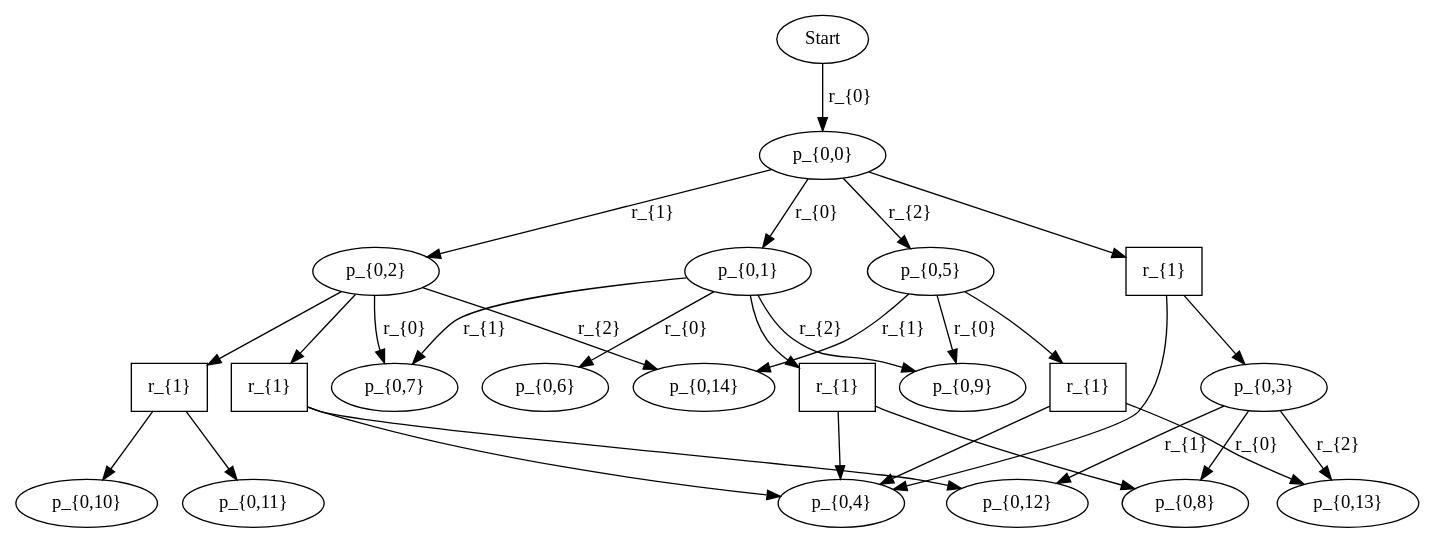
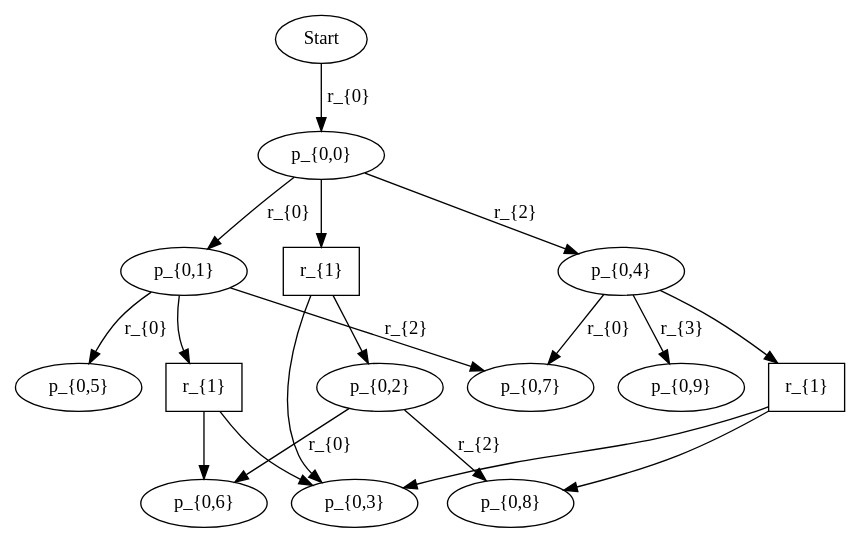
Before and after one commit to lazh01/Kemoinformatik: the diagram in catalan/out/032_dg_0_10100.dot, drawn with Graphviz. The commit also changed 289 other files, not shown here.

```diff
--- a/catalan/out/032_dg_0_10100.dot
+++ b/catalan/out/032_dg_0_10100.dot
@@ -1,93 +1,61 @@
 digraph g {
 
 // id = 0, graphName = Start
 "0-0" [ shape=ellipse label="Start" ];
 // id = 1, graphName = p_{0,0}
 "1-0" [ shape=ellipse label="p_{0,0}" ];
 // id = 3, graphName = p_{0,1}
 "3-0" [ shape=ellipse label="p_{0,1}" ];
 // id = 5, graphName = p_{0,2}
 "5-0" [ shape=ellipse label="p_{0,2}" ];
-// id = 7, graphName = p_{0,3}
-"7-0" [ shape=ellipse label="p_{0,3}" ];
+// id = 6, graphName = p_{0,3}
+"6-0" [ shape=ellipse label="p_{0,3}" ];
 // id = 8, graphName = p_{0,4}
 "8-0" [ shape=ellipse label="p_{0,4}" ];
 // id = 10, graphName = p_{0,5}
 "10-0" [ shape=ellipse label="p_{0,5}" ];
 // id = 12, graphName = p_{0,6}
 "12-0" [ shape=ellipse label="p_{0,6}" ];
 // id = 14, graphName = p_{0,7}
 "14-0" [ shape=ellipse label="p_{0,7}" ];
-// id = 16, graphName = p_{0,8}
-"16-0" [ shape=ellipse label="p_{0,8}" ];
-// id = 18, graphName = p_{0,9}
-"18-0" [ shape=ellipse label="p_{0,9}" ];
-// id = 22, graphName = p_{0,10}
-"22-0" [ shape=ellipse label="p_{0,10}" ];
-// id = 23, graphName = p_{0,11}
-"23-0" [ shape=ellipse label="p_{0,11}" ];
-// id = 25, graphName = p_{0,12}
-"25-0" [ shape=ellipse label="p_{0,12}" ];
-// id = 28, graphName = p_{0,13}
-"28-0" [ shape=ellipse label="p_{0,13}" ];
-// id = 30, graphName = p_{0,14}
-"30-0" [ shape=ellipse label="p_{0,14}" ];
-// id = 9{ 'p_{0,0}' }, 'RemoveSingleR', { 'p_{0,3}' 'p_{0,4}' }
-"9-0" [ shape=box label="r_{1}" ];
-// id = 21{ 'p_{0,1}' }, 'RemoveSingleR', { 'p_{0,4}' 'p_{0,8}' }
-"21-0" [ shape=box label="r_{1}" ];
-// id = 24{ 'p_{0,2}' }, 'RemoveSingleR', { 'p_{0,10}' 'p_{0,11}' }
-"24-0" [ shape=box label="r_{1}" ];
-// id = 26{ 'p_{0,2}' }, 'RemoveSingleR', { 'p_{0,4}' 'p_{0,12}' }
-"26-0" [ shape=box label="r_{1}" ];
-// id = 29{ 'p_{0,5}' }, 'RemoveSingleR', { 'p_{0,4}' 'p_{0,13}' }
-"29-0" [ shape=box label="r_{1}" ];
+// id = 17, graphName = p_{0,8}
+"17-0" [ shape=ellipse label="p_{0,8}" ];
+// id = 21, graphName = p_{0,9}
+"21-0" [ shape=ellipse label="p_{0,9}" ];
+// id = 7{ 'p_{0,0}' }, 'RemoveSingleR', { 'p_{0,2}' 'p_{0,3}' }
+"7-0" [ shape=box label="r_{1}" ];
+// id = 16{ 'p_{0,1}' }, 'RemoveSingleR', { 'p_{0,3}' 'p_{0,6}' }
+"16-0" [ shape=box label="r_{1}" ];
+// id = 18{ 'p_{0,4}' }, 'RemoveSingleR', { 'p_{0,3}' 'p_{0,8}' }
+"18-0" [ shape=box label="r_{1}" ];
 // id = 2{ 'Start' }, 'Mark for conversion', { 'p_{0,0}' }
 "0-0" -> "1-0" [ label="r_{0}" ];
 // id = 4{ 'p_{0,0}' }, 'Mark for conversion', { 'p_{0,1}' }
 "1-0" -> "3-0" [ label="r_{0}" ];
-// id = 6{ 'p_{0,0}' }, 'RemoveSingleR', { 'p_{0,2}' }
-"1-0" -> "5-0" [ label="r_{1}" ];
-// id = 9{ 'p_{0,0}' }, 'RemoveSingleR', { 'p_{0,3}' 'p_{0,4}' }
-"1-0" -> "9-0" [ ];
-"9-0" -> "7-0" [ ];
-"9-0" -> "8-0" [ ];
-// id = 11{ 'p_{0,0}' }, 'reattachExternalEdge', { 'p_{0,5}' }
-"1-0" -> "10-0" [ label="r_{2}" ];
-// id = 13{ 'p_{0,1}' }, 'Mark for conversion', { 'p_{0,6}' }
-"3-0" -> "12-0" [ label="r_{0}" ];
-// id = 15{ 'p_{0,2}' }, 'Mark for conversion', { 'p_{0,7}' }
-"5-0" -> "14-0" [ label="r_{0}" ];
-// id = 17{ 'p_{0,3}' }, 'Mark for conversion', { 'p_{0,8}' }
-"7-0" -> "16-0" [ label="r_{0}" ];
-// id = 19{ 'p_{0,5}' }, 'Mark for conversion', { 'p_{0,9}' }
-"10-0" -> "18-0" [ label="r_{0}" ];
-// id = 20{ 'p_{0,1}' }, 'RemoveSingleR', { 'p_{0,7}' }
-"3-0" -> "14-0" [ label="r_{1}" ];
-// id = 21{ 'p_{0,1}' }, 'RemoveSingleR', { 'p_{0,4}' 'p_{0,8}' }
-"3-0" -> "21-0" [ ];
-"21-0" -> "8-0" [ ];
-"21-0" -> "16-0" [ ];
-// id = 24{ 'p_{0,2}' }, 'RemoveSingleR', { 'p_{0,10}' 'p_{0,11}' }
-"5-0" -> "24-0" [ ];
-"24-0" -> "22-0" [ ];
-"24-0" -> "23-0" [ ];
-// id = 26{ 'p_{0,2}' }, 'RemoveSingleR', { 'p_{0,4}' 'p_{0,12}' }
-"5-0" -> "26-0" [ ];
-"26-0" -> "8-0" [ ];
-"26-0" -> "25-0" [ ];
-// id = 27{ 'p_{0,3}' }, 'RemoveSingleR', { 'p_{0,12}' }
-"7-0" -> "25-0" [ label="r_{1}" ];
-// id = 29{ 'p_{0,5}' }, 'RemoveSingleR', { 'p_{0,4}' 'p_{0,13}' }
-"10-0" -> "29-0" [ ];
-"29-0" -> "8-0" [ ];
-"29-0" -> "28-0" [ ];
-// id = 31{ 'p_{0,5}' }, 'RemoveSingleR', { 'p_{0,14}' }
-"10-0" -> "30-0" [ label="r_{1}" ];
-// id = 32{ 'p_{0,1}' }, 'reattachExternalEdge', { 'p_{0,9}' }
-"3-0" -> "18-0" [ label="r_{2}" ];
-// id = 33{ 'p_{0,2}' }, 'reattachExternalEdge', { 'p_{0,14}' }
-"5-0" -> "30-0" [ label="r_{2}" ];
-// id = 34{ 'p_{0,3}' }, 'reattachExternalEdge', { 'p_{0,13}' }
-"7-0" -> "28-0" [ label="r_{2}" ];
+// id = 7{ 'p_{0,0}' }, 'RemoveSingleR', { 'p_{0,2}' 'p_{0,3}' }
+"1-0" -> "7-0" [ ];
+"7-0" -> "5-0" [ ];
+"7-0" -> "6-0" [ ];
+// id = 9{ 'p_{0,0}' }, 'reattachExternalEdge', { 'p_{0,4}' }
+"1-0" -> "8-0" [ label="r_{2}" ];
+// id = 11{ 'p_{0,1}' }, 'Mark for conversion', { 'p_{0,5}' }
+"3-0" -> "10-0" [ label="r_{0}" ];
+// id = 13{ 'p_{0,2}' }, 'Mark for conversion', { 'p_{0,6}' }
+"5-0" -> "12-0" [ label="r_{0}" ];
+// id = 15{ 'p_{0,4}' }, 'Mark for conversion', { 'p_{0,7}' }
+"8-0" -> "14-0" [ label="r_{0}" ];
+// id = 16{ 'p_{0,1}' }, 'RemoveSingleR', { 'p_{0,3}' 'p_{0,6}' }
+"3-0" -> "16-0" [ ];
+"16-0" -> "6-0" [ ];
+"16-0" -> "12-0" [ ];
+// id = 18{ 'p_{0,4}' }, 'RemoveSingleR', { 'p_{0,3}' 'p_{0,8}' }
+"8-0" -> "18-0" [ ];
+"18-0" -> "6-0" [ ];
+"18-0" -> "17-0" [ ];
+// id = 19{ 'p_{0,1}' }, 'reattachExternalEdge', { 'p_{0,7}' }
+"3-0" -> "14-0" [ label="r_{2}" ];
+// id = 20{ 'p_{0,2}' }, 'reattachExternalEdge', { 'p_{0,8}' }
+"5-0" -> "17-0" [ label="r_{2}" ];
+// id = 22{ 'p_{0,4}' }, 'removeAlreadyAttached', { 'p_{0,9}' }
+"8-0" -> "21-0" [ label="r_{3}" ];
 }
```
